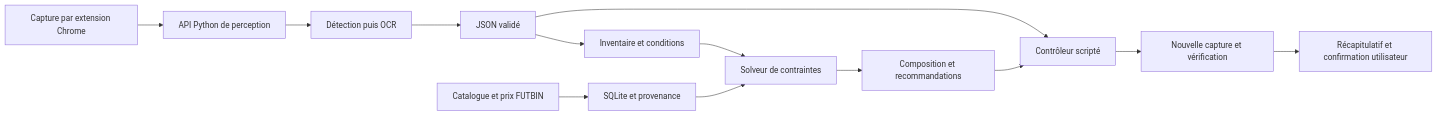
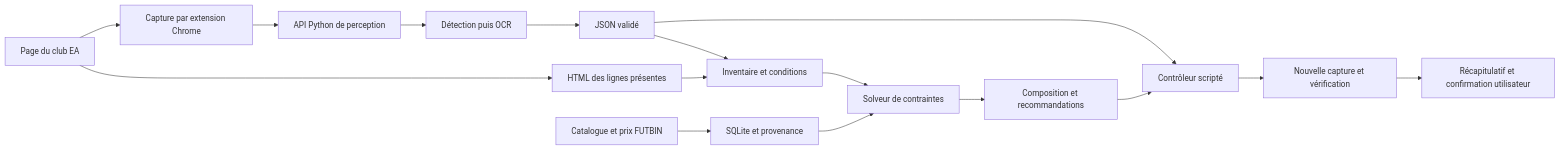
Before and after one commit to rayanmzr/SBC-Vision: the diagram in docs/ARCHITECTURE.md, drawn with Mermaid. The commit also changed other lines of this file and 18 other files, not shown here.

````diff
--- a/docs/ARCHITECTURE.md
+++ b/docs/ARCHITECTURE.md
@@ -3,15 +3,18 @@
 ```mermaid
 flowchart LR
+    U[Page du club EA] --> A
+    U --> M[HTML des lignes présentes]
     A[Capture par extension Chrome] --> B[API Python de perception]
     B --> C[Détection puis OCR]
     C --> D[JSON validé]
     D --> E[Contrôleur scripté]
     D --> F[Inventaire et conditions]
+    M --> F
     G[Catalogue et prix FUTBIN] --> H[SQLite et provenance]
     F --> I[Solveur de contraintes]
     H --> I
     I --> J[Composition et recommandations]
     J --> E
     E --> K[Nouvelle capture et vérification]
     K --> L[Récapitulatif et confirmation utilisateur]
 ```
````
